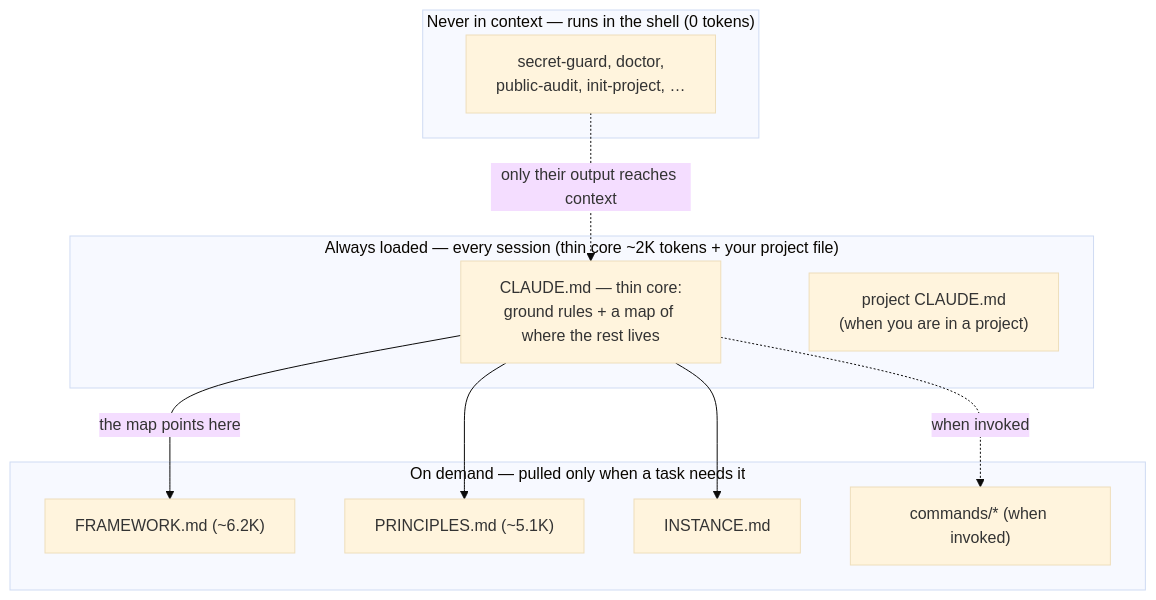
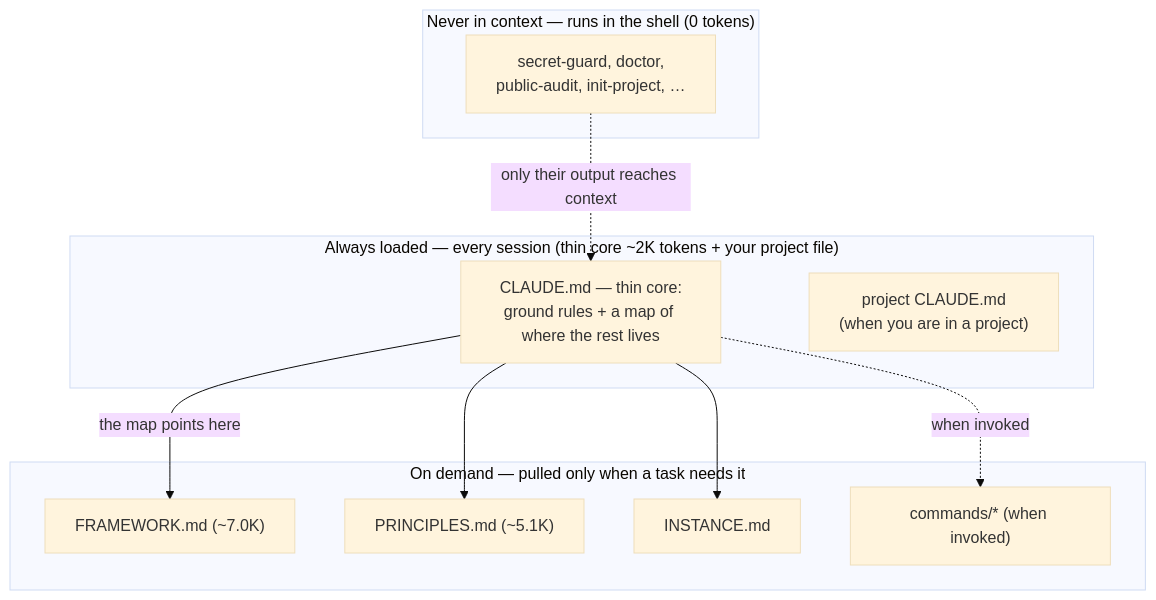
One commit to rockerlabs/keel changed the diagram in README.md. Above: the diagram before and after it, drawn with Mermaid (base theme). The commit also changed 2 other files, not shown here.

Commit message:
docs(framework): interview-loop discipline for multi-question elicitation
Adds the operational elaboration of CORE's "Decisions & forks" rail for a
genuine multi-question interview: fact-vs-decision split, sequential-vs-batched
question ordering, always-attach-a-recommendation, and the named-but-unbuilt
thin-orchestrator/reusable-interview-skill split (dir #48).

````diff
--- a/README.md
+++ b/README.md
@@ -117,21 +117,21 @@
 ```mermaid
 flowchart TD
     subgraph always["Always loaded — every session (thin core ~2K tokens + your project file)"]
         core["CLAUDE.md — thin core:<br/>ground rules + a map of where the rest lives"]
         proj["project CLAUDE.md<br/>(when you are in a project)"]
     end
     subgraph demand["On demand — pulled only when a task needs it"]
-        fw["FRAMEWORK.md (~6.2K)"]
+        fw["FRAMEWORK.md (~7.0K)"]
         prin["PRINCIPLES.md (~5.1K)"]
         inst["INSTANCE.md"]
         cmd["commands/* (when invoked)"]
     end
     subgraph never["Never in context — runs in the shell (0 tokens)"]
         tools["secret-guard, doctor,<br/>public-audit, init-project, …"]
     end
     core -->|the map points here| fw
     core --> prin
     core --> inst
     core -.->|when invoked| cmd
     tools -.->|only their output reaches context| core
 ```
````
